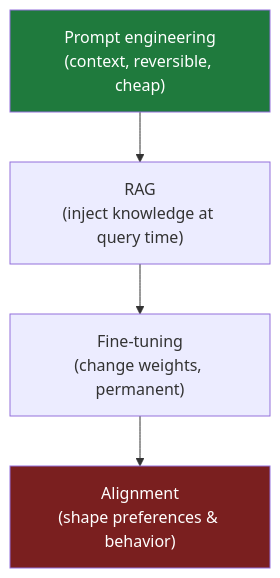
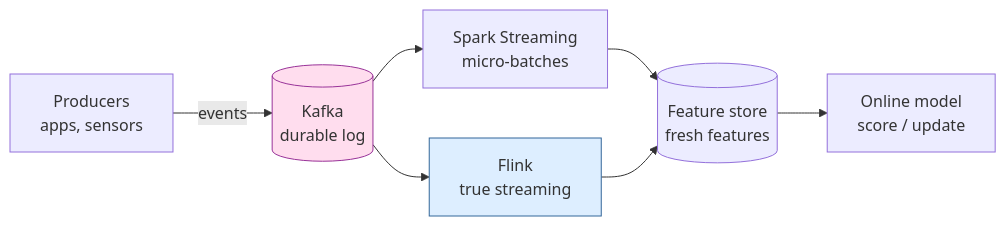
One commit to kader-xai/kader-xai.github.io changed the sixth of 6 diagrams in ai-ml-encyclopedia/ch31.qmd. Above: the diagram before and after it, drawn with Mermaid. The commit also changed other lines of this file and 47 other files, not shown here.

````diff
--- a/ai-ml-encyclopedia/ch31.qmd
+++ b/ai-ml-encyclopedia/ch31.qmd
@@ -107,8 +337,11 @@
 ```{mermaid}
-flowchart TD
-    P["Prompt engineering<br/>(context, reversible, cheap)"] --> R["RAG<br/>(inject knowledge at query time)"]
-    R --> F["Fine-tuning<br/>(change weights, permanent)"]
-    F --> A["Alignment<br/>(shape preferences & behavior)"]
-    style P fill:#1f7a3d,color:#fff
-    style A fill:#7a1f1f,color:#fff
+flowchart LR
+  P[Producers<br/>apps, sensors] -->|events| K[(Kafka<br/>durable log)]
+  K --> S[Spark Streaming<br/>micro-batches]
+  K --> F[Flink<br/>true streaming]
+  S --> FS[(Feature store<br/>fresh features)]
+  F --> FS
+  FS --> M[Online model<br/>score / update]
+  style K fill:#fde,stroke:#939
+  style F fill:#def,stroke:#369
 ```
````
